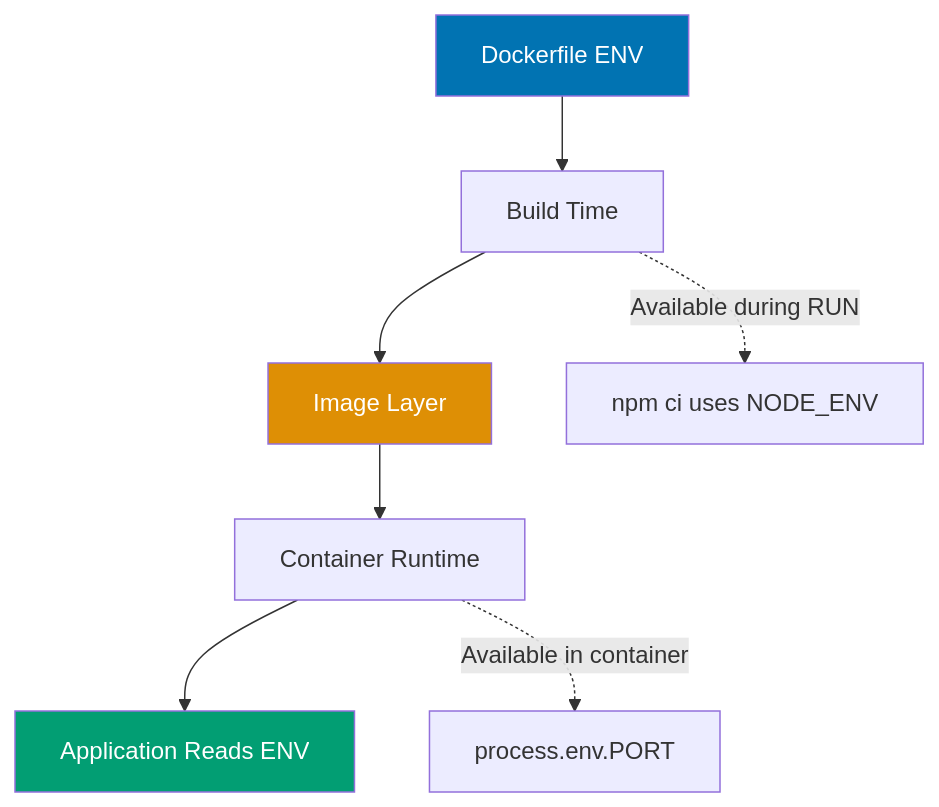
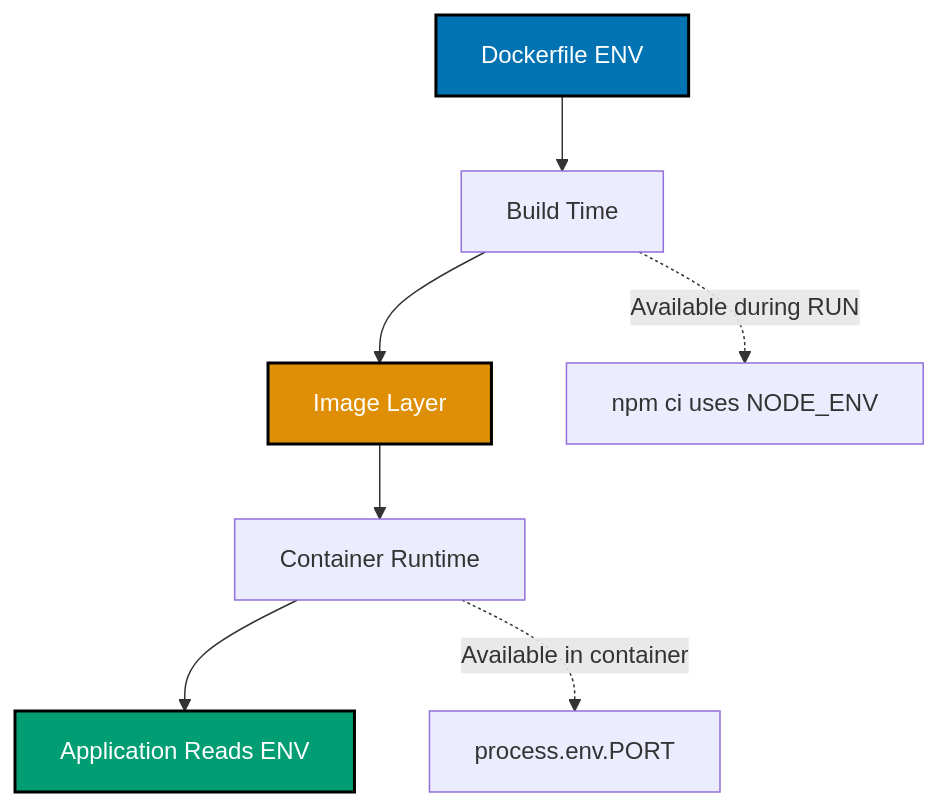
The second of 8 diagrams in apps/ayokoding-web/content/en/learn/software-engineering/infrastructure/tools/docker/by-example/beginner.md (wahidyankf/open-sharia-enterprise), drawn with Mermaid before and after one commit. The commit also changed other lines of this file and 25 other files, not shown here.

````diff
--- a/apps/ayokoding-web/content/en/learn/software-engineering/infrastructure/tools/docker/by-example/beginner.md
+++ b/apps/ayokoding-web/content/en/learn/software-engineering/infrastructure/tools/docker/by-example/beginner.md
@@ -357,14 +358,15 @@
 ```mermaid
+%% Color Palette: Blue #0173B2, Orange #DE8F05, Teal #029E73, Purple #CC78BC, Brown #CA9161
 graph TD
  A["Dockerfile ENV"] --> B["Build Time"]
  B --> C["Image Layer"]
  C --> D["Container Runtime"]
  D --> E["Application Reads ENV"]
 
  B -.->|Available during RUN| F["npm ci uses NODE_ENV"]
  D -.->|Available in container| G["process.env.PORT"]
 
- style A fill:#0173B2,color:#fff
- style C fill:#DE8F05,color:#fff
- style E fill:#029E73,color:#fff
+ style A fill:#0173B2,stroke:#000000,stroke-width:2px,color:#fff
+ style C fill:#DE8F05,stroke:#000000,stroke-width:2px,color:#fff
+ style E fill:#029E73,stroke:#000000,stroke-width:2px,color:#fff
 ```
````
